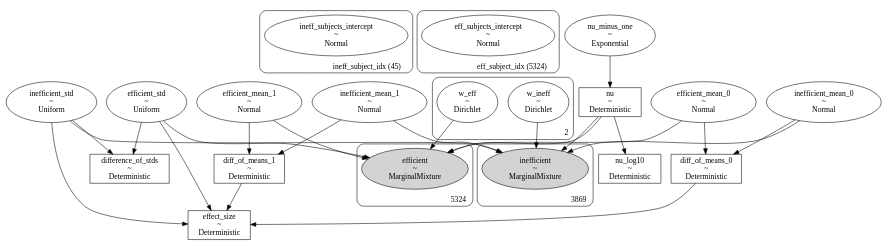
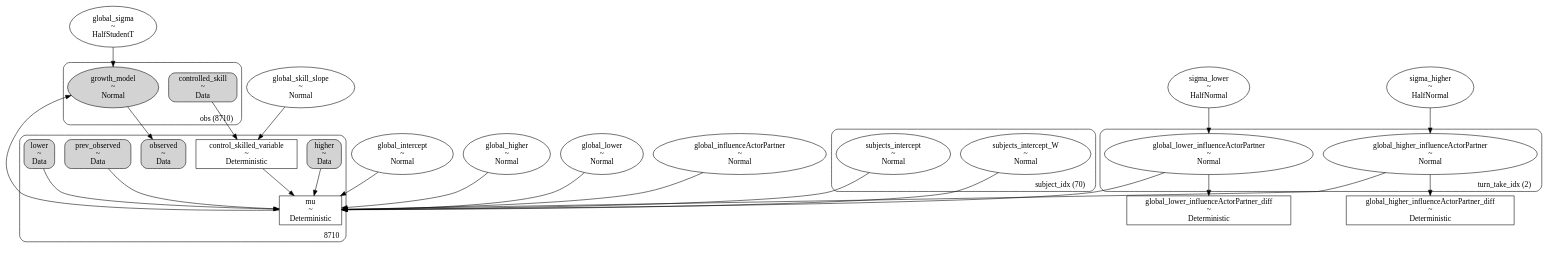
The diagram in BayesianAnalysis/.gv (gitarja/TableTennisBayesianAnalysis), drawn with Graphviz before and after one commit. The commit also changed 38 other files, not shown here.

```diff
--- a/BayesianAnalysis/.gv
+++ b/BayesianAnalysis/.gv
@@ -1,96 +1,101 @@
 digraph {
-	subgraph "clusterineff_subject_idx (45)" {
-		ineff_subjects_intercept [label="ineff_subjects_intercept
+	subgraph cluster8710 {
+		higher [label="higher
+~
+Data" shape=box style="rounded, filled"]
+		mu [label="mu
+~
+Deterministic" shape=box]
+		control_skilled_variable [label="control_skilled_variable
+~
+Deterministic" shape=box]
+		observed [label="observed
+~
+Data" shape=box style="rounded, filled"]
+		prev_observed [label="prev_observed
+~
+Data" shape=box style="rounded, filled"]
+		lower [label="lower
+~
+Data" shape=box style="rounded, filled"]
+		label=8710 labeljust=r labelloc=b style=rounded
+	}
+	subgraph "clusterobs (8710)" {
+		growth_model [label="growth_model
+~
+Normal" shape=ellipse style=filled]
+		controlled_skill [label="controlled_skill
+~
+Data" shape=box style="rounded, filled"]
+		label="obs (8710)" labeljust=r labelloc=b style=rounded
+	}
+	global_skill_slope [label="global_skill_slope
 ~
 Normal" shape=ellipse]
-		label="ineff_subject_idx (45)" labeljust=r labelloc=b style=rounded
-	}
-	subgraph "clustereff_subject_idx (5324)" {
-		eff_subjects_intercept [label="eff_subjects_intercept
+	global_intercept [label="global_intercept
 ~
 Normal" shape=ellipse]
-		label="eff_subject_idx (5324)" labeljust=r labelloc=b style=rounded
-	}
-	efficient_mean_1 [label="efficient_mean_1
+	sigma_lower [label="sigma_lower
+~
+HalfNormal" shape=ellipse]
+	global_higher_influenceActorPartner_diff [label="global_higher_influenceActorPartner_diff
+~
+Deterministic" shape=box]
+	global_higher [label="global_higher
 ~
 Normal" shape=ellipse]
-	nu_minus_one [label="nu_minus_one
-~
-Exponential" shape=ellipse]
-	inefficient_mean_1 [label="inefficient_mean_1
+	global_lower [label="global_lower
 ~
 Normal" shape=ellipse]
-	inefficient_std [label="inefficient_std
+	global_influenceActorPartner [label="global_influenceActorPartner
 ~
-Uniform" shape=ellipse]
-	diff_of_means_0 [label="diff_of_means_0
+Normal" shape=ellipse]
+	global_lower_influenceActorPartner_diff [label="global_lower_influenceActorPartner_diff
 ~
 Deterministic" shape=box]
-	diff_of_means_1 [label="diff_of_means_1
+	global_sigma [label="global_sigma
 ~
-Deterministic" shape=box]
-	efficient_mean_0 [label="efficient_mean_0
+HalfStudentT" shape=ellipse]
+	sigma_higher [label="sigma_higher
+~
+HalfNormal" shape=ellipse]
+	subgraph "clusterturn_take_idx (2)" {
+		global_lower_influenceActorPartner [label="global_lower_influenceActorPartner
 ~
 Normal" shape=ellipse]
-	efficient_std [label="efficient_std
-~
-Uniform" shape=ellipse]
-	nu [label="nu
-~
-Deterministic" shape=box]
-	effect_size [label="effect_size
-~
-Deterministic" shape=box]
-	nu_log10 [label="nu_log10
-~
-Deterministic" shape=box]
-	difference_of_stds [label="difference_of_stds
-~
-Deterministic" shape=box]
-	inefficient_mean_0 [label="inefficient_mean_0
+		global_higher_influenceActorPartner [label="global_higher_influenceActorPartner
 ~
 Normal" shape=ellipse]
-	subgraph cluster2 {
-		w_ineff [label="w_ineff
+		label="turn_take_idx (2)" labeljust=r labelloc=b style=rounded
+	}
+	subgraph "clustersubject_idx (70)" {
+		subjects_intercept_W [label="subjects_intercept_W
 ~
-Dirichlet" shape=ellipse]
-		w_eff [label="w_eff
+Normal" shape=ellipse]
+		subjects_intercept [label="subjects_intercept
 ~
-Dirichlet" shape=ellipse]
-		label=2 labeljust=r labelloc=b style=rounded
+Normal" shape=ellipse]
+		label="subject_idx (70)" labeljust=r labelloc=b style=rounded
 	}
-	subgraph cluster3869 {
-		inefficient [label="inefficient
-~
-MarginalMixture" shape=ellipse style=filled]
-		label=3869 labeljust=r labelloc=b style=rounded
-	}
-	subgraph cluster5324 {
-		efficient [label="efficient
-~
-MarginalMixture" shape=ellipse style=filled]
-		label=5324 labeljust=r labelloc=b style=rounded
-	}
-	nu_minus_one -> nu
-	nu -> nu_log10
-	nu -> inefficient
-	inefficient_mean_1 -> inefficient
-	w_ineff -> inefficient
-	inefficient_mean_0 -> inefficient
-	inefficient_std -> inefficient
-	efficient_mean_0 -> efficient
-	efficient_mean_1 -> efficient
-	efficient_std -> efficient
-	nu -> efficient
-	w_eff -> efficient
-	efficient_mean_0 -> diff_of_means_0
-	inefficient_mean_0 -> diff_of_means_0
-	inefficient_mean_1 -> diff_of_means_1
-	efficient_mean_1 -> diff_of_means_1
-	efficient_std -> difference_of_stds
-	inefficient_std -> difference_of_stds
-	inefficient_std -> effect_size
-	efficient_std -> effect_size
-	diff_of_means_0 -> effect_size
-	diff_of_means_1 -> effect_size
+	growth_model -> observed
+	sigma_higher -> global_higher_influenceActorPartner
+	sigma_lower -> global_lower_influenceActorPartner
+	global_skill_slope -> control_skilled_variable
+	controlled_skill -> control_skilled_variable
+	higher -> mu
+	global_intercept -> mu
+	global_lower_influenceActorPartner -> mu
+	control_skilled_variable -> mu
+	global_higher_influenceActorPartner -> mu
+	global_higher -> mu
+	subjects_intercept -> mu
+	global_lower -> mu
+	global_influenceActorPartner -> mu
+	subjects_intercept_W -> mu
+	prev_observed -> mu
+	lower -> mu
+	mu -> growth_model
+	global_sigma -> growth_model
+	global_higher_influenceActorPartner -> global_higher_influenceActorPartner_diff
+	global_lower_influenceActorPartner -> global_lower_influenceActorPartner_diff
 }
```
